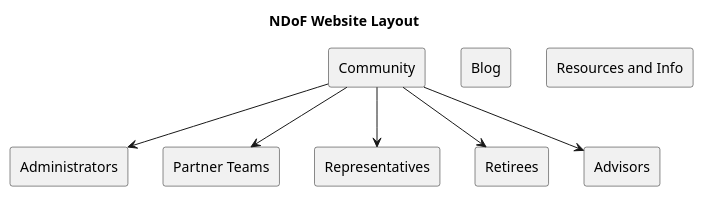
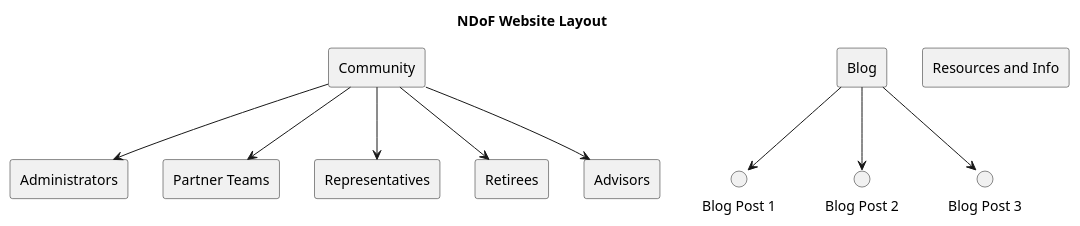
One commit to samfreund/ndoffirst.github.io changed the diagram in plan.puml. Above: the diagram before and after it, drawn with PlantUML.

Commit message:
update puml

```diff
--- a/plan.puml
+++ b/plan.puml
@@ -1,23 +1,32 @@
 @startuml layout
 
 title NDoF Website Layout
 
 ' Top Level Navigation
 rectangle "Community" as community
 rectangle "Blog" as blog
 rectangle "Resources and Info" as resources
 
 ' Community Subsections
 rectangle "Administrators" as admins
 rectangle "Partner Teams" as partners
 rectangle "Representatives" as reps
 rectangle "Retirees" as retirees
 rectangle "Advisors" as advisors
 
+' Mock Blog Posts
+circle "Blog Post 1" as blog1
+circle "Blog Post 2" as blog2
+circle "Blog Post 3" as blog3
+
 community -down-> admins
 community -down-> partners
 community -down-> reps
 community -down-> retirees
 community -down-> advisors
 
+blog -down-> blog1
+blog -down-> blog2
+blog -down-> blog3
+
 @enduml
```
